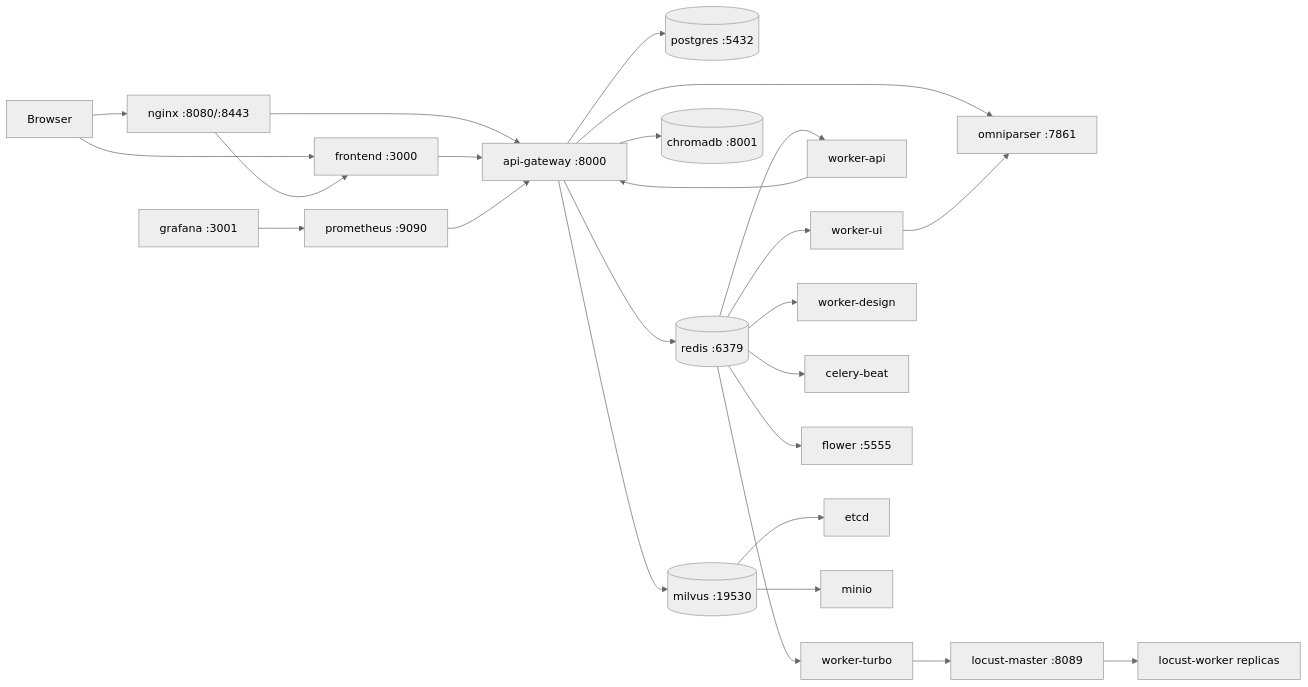
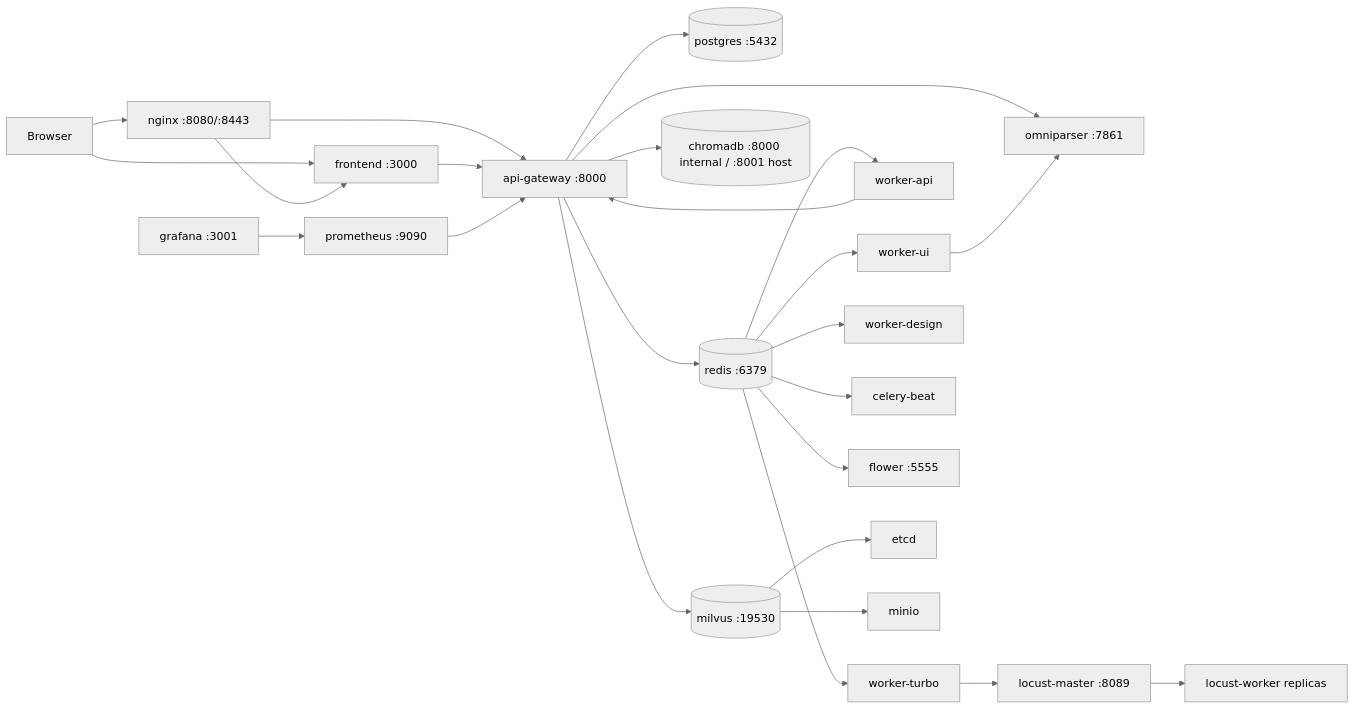
One commit to Little-H-lying-flat/ChongMing changed the diagram in deploy/README.md. Above: the diagram before and after it, drawn with Mermaid (neutral theme). The commit also changed other lines of this file and 9 other files, not shown here.

````diff
--- a/deploy/README.md
+++ b/deploy/README.md
@@ -25,32 +26,32 @@
 ```mermaid
 flowchart LR
     User[Browser] --> Nginx[nginx :8080/:8443]
     User --> FE[frontend :3000]
     Nginx --> FE
     Nginx --> API[api-gateway :8000]
     FE --> API
 
     API --> Postgres[(postgres :5432)]
     API --> Redis[(redis :6379)]
-    API --> Chroma[(chromadb :8001)]
+    API --> Chroma[(chromadb :8000 internal / :8001 host)]
     API --> Milvus[(milvus :19530)]
     API --> Omni[omniparser :7861]
 
     Redis --> WorkerUI[worker-ui]
     Redis --> WorkerAPI[worker-api]
     Redis --> WorkerTurbo[worker-turbo]
     Redis --> WorkerDesign[worker-design]
     Redis --> Beat[celery-beat]
     Redis --> Flower[flower :5555]
 
     WorkerUI --> Omni
     WorkerAPI --> API
     WorkerTurbo --> LocustMaster[locust-master :8089]
     LocustMaster --> LocustWorker[locust-worker replicas]
 
     Milvus --> Etcd[etcd]
     Milvus --> Minio[minio]
 
     Prometheus[prometheus :9090] --> API
     Grafana[grafana :3001] --> Prometheus
 ```
````
